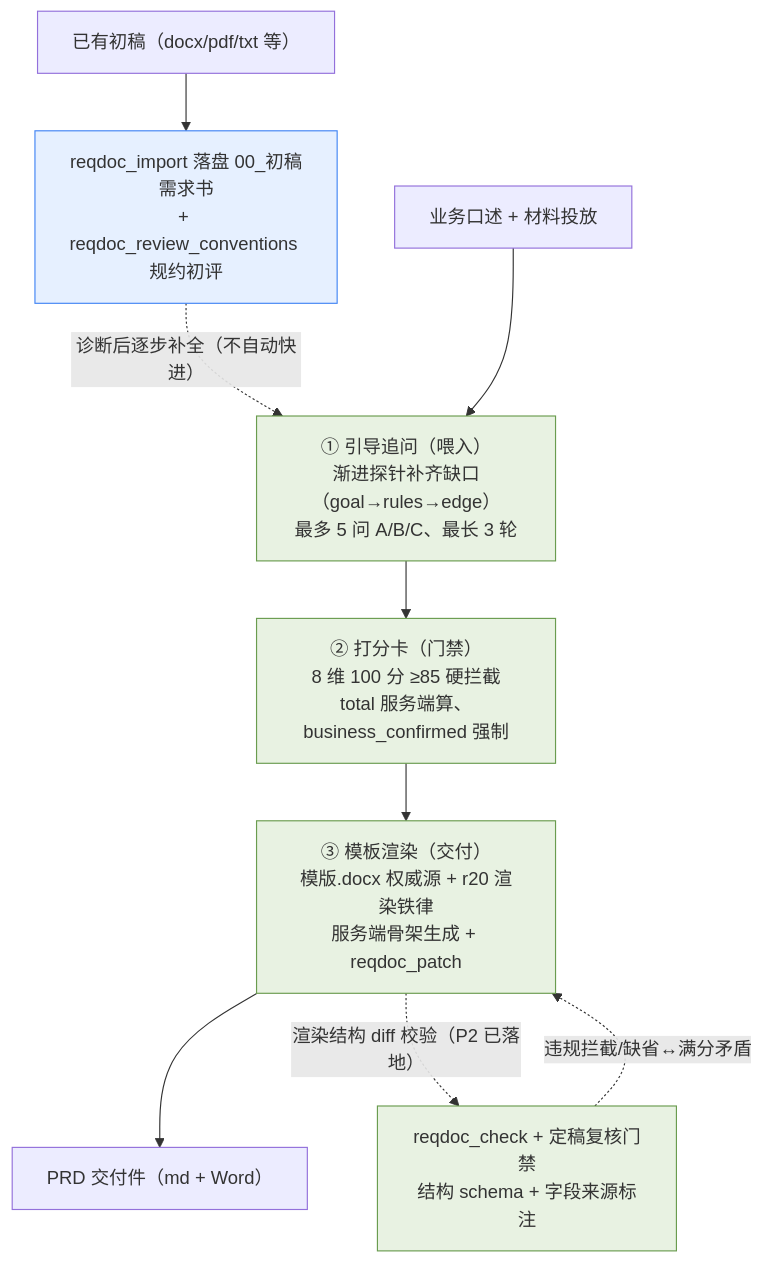
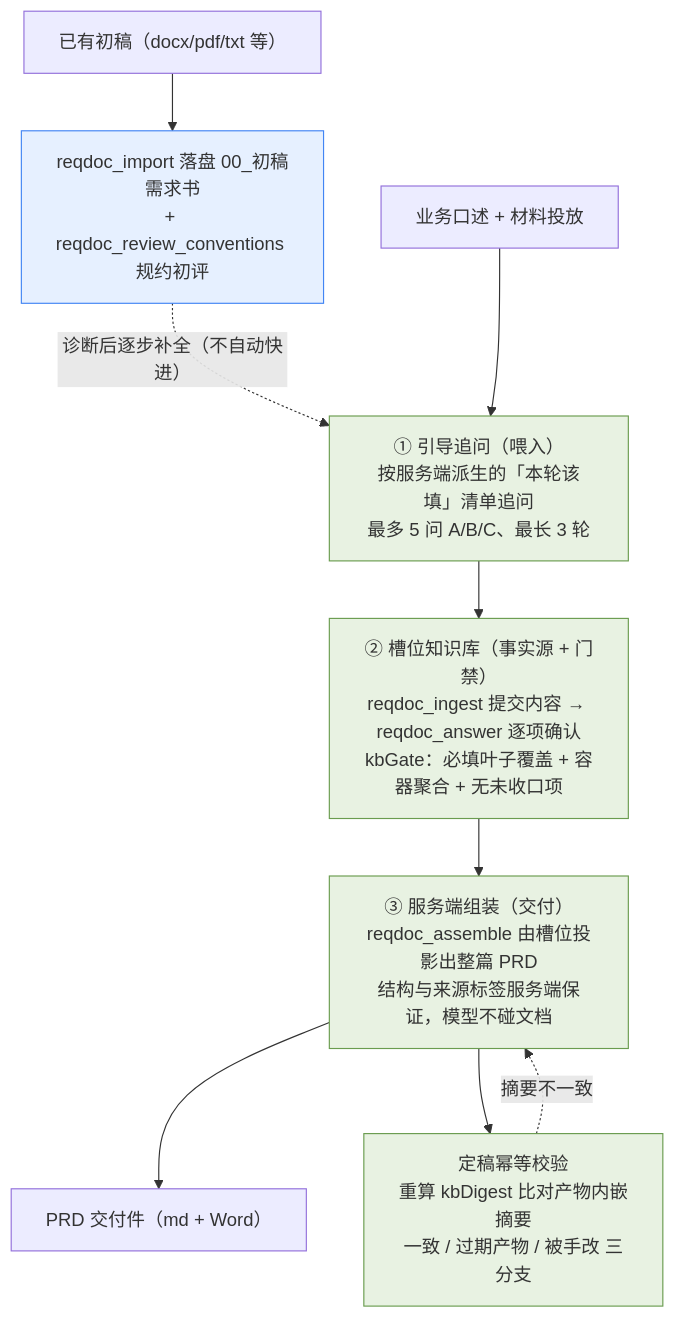
Before and after one commit to wonglaitung/opencode: the first of 4 diagrams in opencode-session-mgmt/docs/workflow-reqdoc.md, drawn with Mermaid. The commit also changed other lines of this file and 6 other files, not shown here.

````diff
--- a/opencode-session-mgmt/docs/workflow-reqdoc.md
+++ b/opencode-session-mgmt/docs/workflow-reqdoc.md
@@ -19,17 +23,17 @@
 ```mermaid
 flowchart TD
     IMP["已有初稿（docx/pdf/txt 等）"] --> IMP2["reqdoc_import 落盘 00_初稿需求书<br/>+ reqdoc_review_conventions 规约初评"]
     IMP2 -. 诊断后逐步补全（不自动快进） .-> A
-    I["业务口述 + 材料投放"] --> A["① 引导追问（喂入）<br/>渐进探针补齐缺口（goal→rules→edge）<br/>最多 5 问 A/B/C、最长 3 轮"]
-    A --> B["② 打分卡（门禁）<br/>8 维 100 分 ≥85 硬拦截<br/>total 服务端算、business_confirmed 强制"]
-    B --> C["③ 模板渲染（交付）<br/>模版.docx 权威源 + r20 渲染铁律<br/>服务端骨架生成 + reqdoc_patch"]
+    I["业务口述 + 材料投放"] --> A["① 引导追问（喂入）<br/>按服务端派生的「本轮该填」清单追问<br/>最多 5 问 A/B/C、最长 3 轮"]
+    A --> B["② 槽位知识库（事实源 + 门禁）<br/>reqdoc_ingest 提交内容 → reqdoc_answer 逐项确认<br/>kbGate：必填叶子覆盖 + 容器聚合 + 无未收口项"]
+    B --> C["③ 服务端组装（交付）<br/>reqdoc_assemble 由槽位投影出整篇 PRD<br/>结构与来源标签服务端保证，模型不碰文档"]
     C --> O["PRD 交付件（md + Word）"]
-    C -. 渲染结构 diff 校验（P2 已落地） .-> D["reqdoc_check + 定稿复核门禁<br/>结构 schema + 字段来源标注"]
-    D -. 违规拦截/缺省↔满分矛盾 .-> C
+    C --> D["定稿幂等校验<br/>重算 kbDigest 比对产物内嵌摘要<br/>一致 / 过期产物 / 被手改 三分支"]
+    D -. 摘要不一致 .-> C
     %% 风险分布：三大支柱均已结构性固化（绿色）
     style A fill:#e8f2e2,stroke:#6a9c4f
     style B fill:#e8f2e2,stroke:#6a9c4f
     style C fill:#e8f2e2,stroke:#6a9c4f
     style D fill:#e8f2e2,stroke:#6a9c4f
     style IMP2 fill:#e6f0ff,stroke:#4285f4
 ```
````
